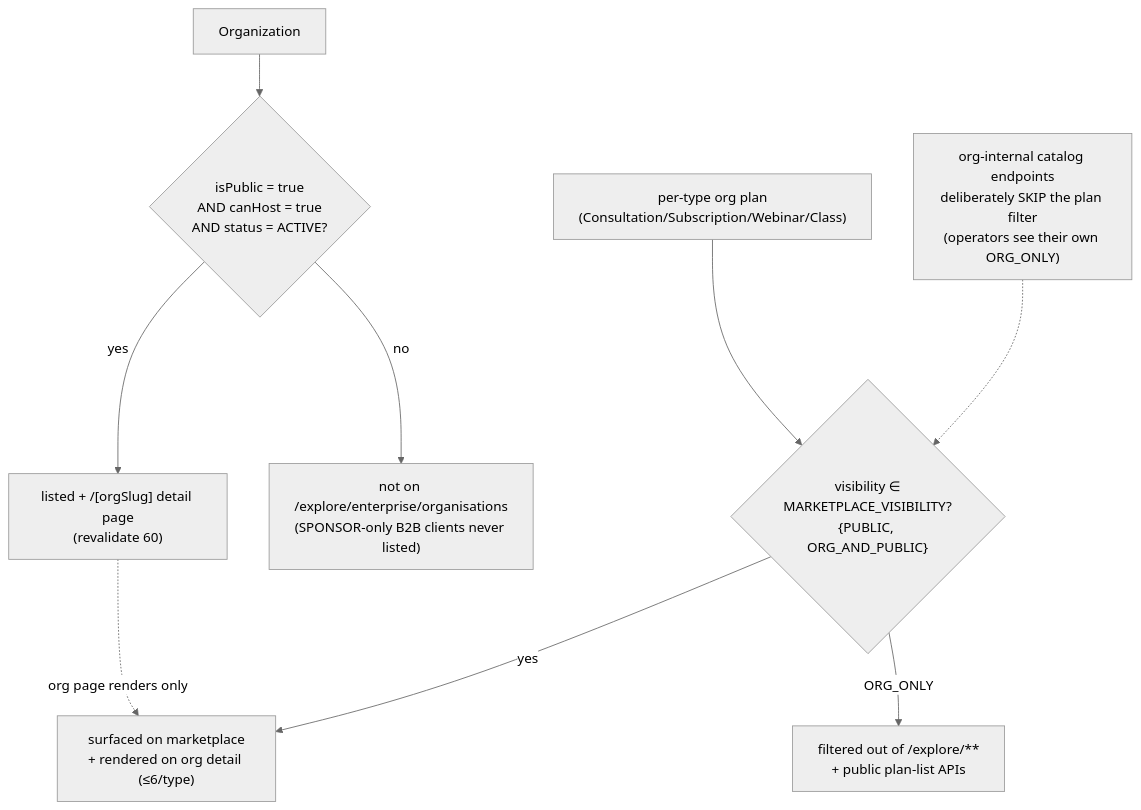
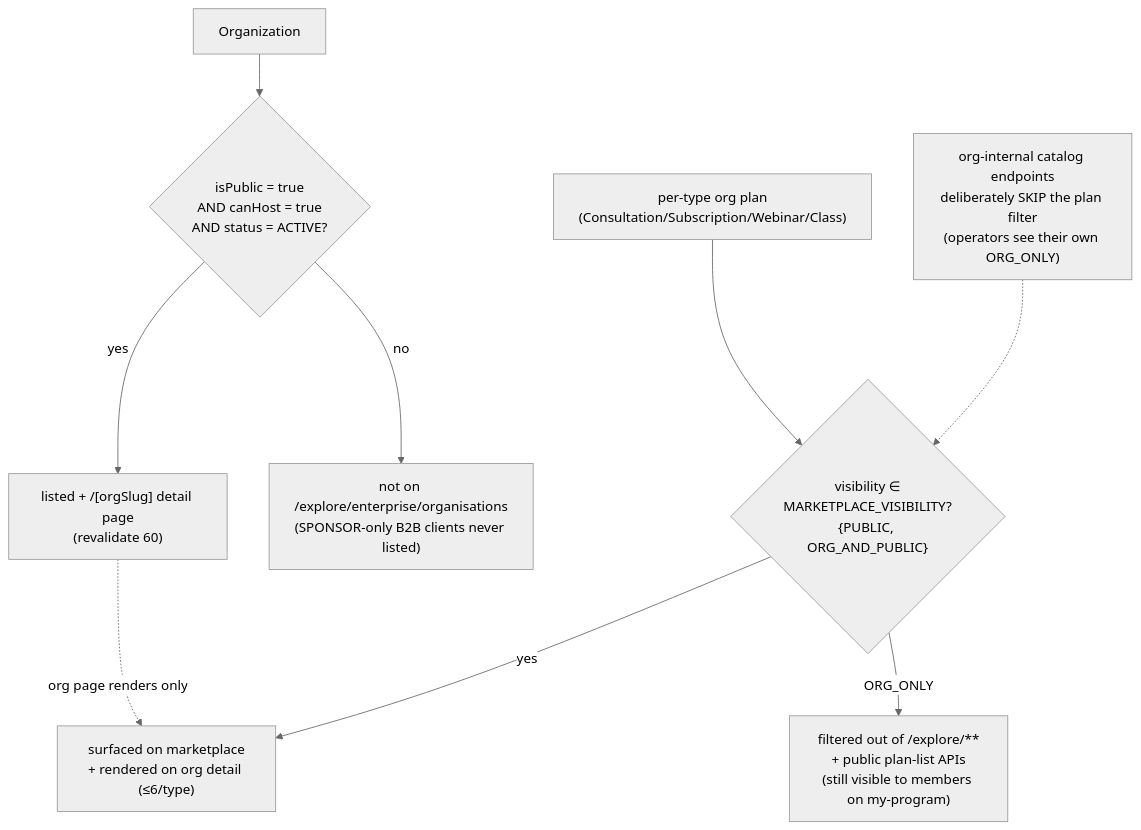
One commit to Practitionist/familiarise_web changed the diagram in docs/enterprise/30-programs-and-lifecycle/05-public-pages-and-discovery.md. Above: the diagram before and after it, drawn with Mermaid (neutral theme). The commit also changed other lines of this file and 116 other files, not shown here.

````diff
--- a/docs/enterprise/30-programs-and-lifecycle/05-public-pages-and-discovery.md
+++ b/docs/enterprise/30-programs-and-lifecycle/05-public-pages-and-discovery.md
@@ -63,13 +81,13 @@
 ```mermaid
 flowchart TD
   ORG["Organization"] --> G1{"isPublic = true<br/>AND canHost = true<br/>AND status = ACTIVE?"}
   G1 -- no --> HIDE["not on /explore/enterprise/organisations<br/>(SPONSOR-only B2B clients never listed)"]
   G1 -- yes --> LIST["listed + /[orgSlug] detail page<br/>(revalidate 60)"]
 
   PLAN["per-type org plan<br/>(Consultation/Subscription/Webinar/Class)"] --> G2{"visibility ∈<br/>MARKETPLACE_VISIBILITY?<br/>{PUBLIC, ORG_AND_PUBLIC}"}
-  G2 -- "ORG_ONLY" --> PHIDE["filtered out of /explore/**<br/>+ public plan-list APIs"]
+  G2 -- "ORG_ONLY" --> PHIDE["filtered out of /explore/**<br/>+ public plan-list APIs<br/>(still visible to members on my-program)"]
   G2 -- yes --> PSHOW["surfaced on marketplace<br/>+ rendered on org detail (≤6/type)"]
 
   LIST -.->|org page renders only| PSHOW
   note1["org-internal catalog endpoints<br/>deliberately SKIP the plan filter<br/>(operators see their own ORG_ONLY)"] -.-> G2
 ```
````
